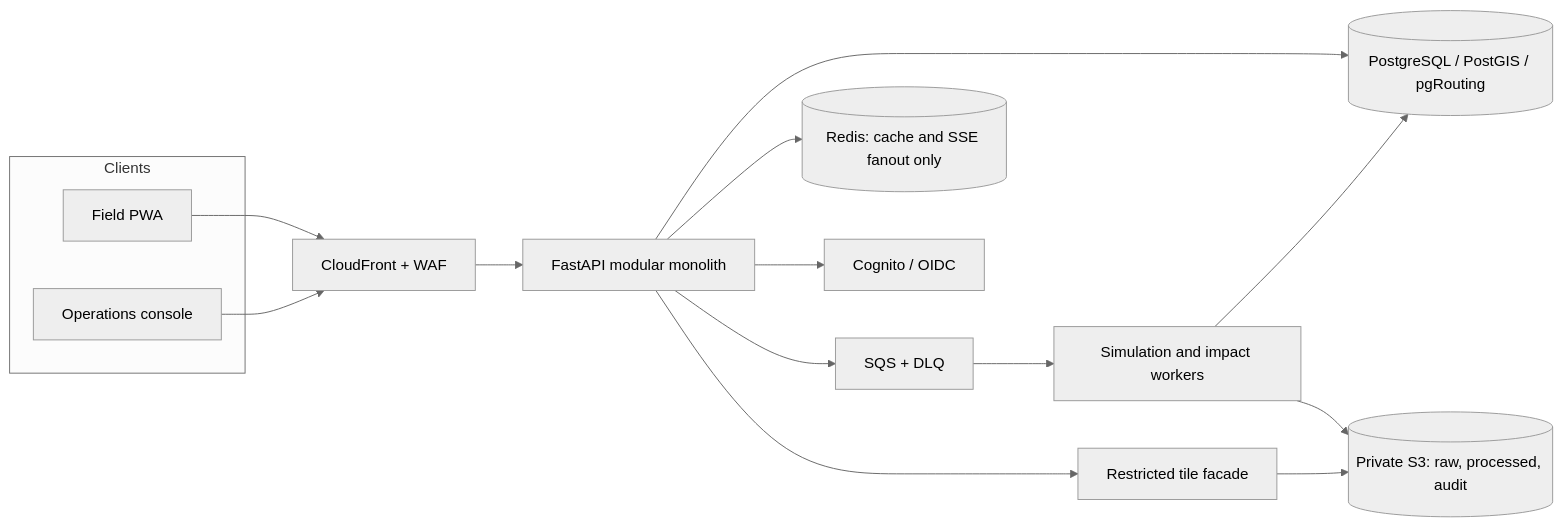
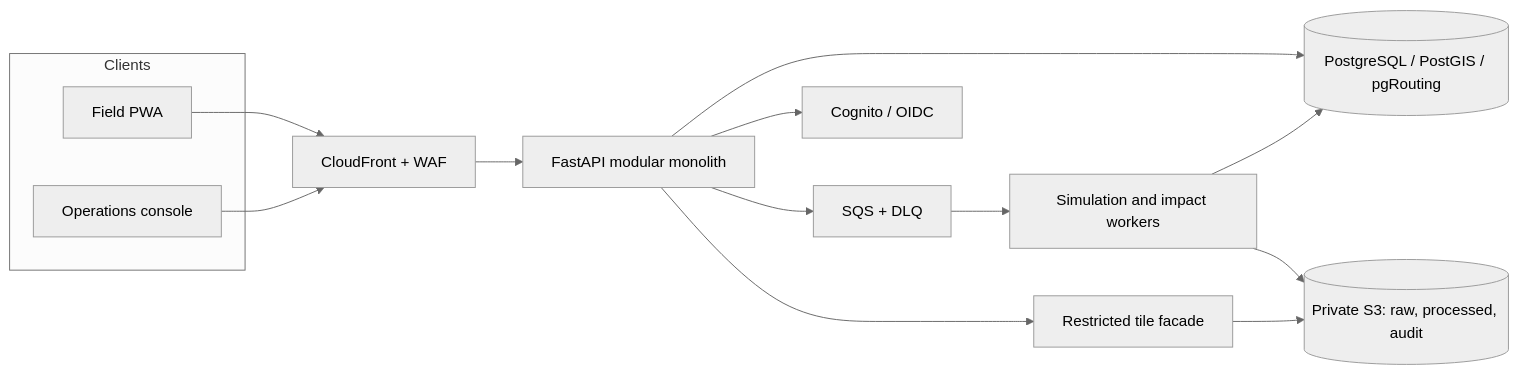
Before and after one commit to robinfrancis186/floodRISE: the first of 2 diagrams in docs/ARCHITECTURE.md, drawn with Mermaid (neutral theme). The commit also changed other lines of this file and 32 other files, not shown here.

````diff
--- a/docs/ARCHITECTURE.md
+++ b/docs/ARCHITECTURE.md
@@ -28,29 +28,27 @@
 ```mermaid
 flowchart LR
   subgraph Clients
     Field["Field PWA"]
     Ops["Operations console"]
   end
   Edge["CloudFront + WAF"]
   API["FastAPI modular monolith"]
   Worker["Simulation and impact workers"]
   Tiles["Restricted tile facade"]
   DB[("PostgreSQL / PostGIS / pgRouting")]
   Queue["SQS + DLQ"]
-  Cache[("Redis: cache and SSE fanout only")]
   Objects[("Private S3: raw, processed, audit")]
   Identity["Cognito / OIDC"]
 
   Field --> Edge
   Ops --> Edge
   Edge --> API
   API --> Identity
   API --> DB
   API --> Queue
   Queue --> Worker
   Worker --> DB
   Worker --> Objects
-  API --> Cache
   API --> Tiles
   Tiles --> Objects
 ```
````
